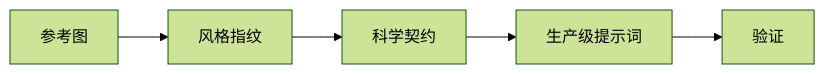
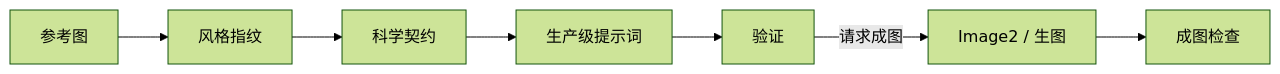
Before and after one commit to kikixiong/craft-scientific-figure-prompts: the diagram in README.zh-CN.md, drawn with Mermaid (forest theme). The commit also changed other lines of this file and 5 other files, not shown here.

````diff
--- a/README.zh-CN.md
+++ b/README.zh-CN.md
@@ -52,7 +52,9 @@
 ```mermaid
 flowchart LR
     A[参考图] --> B[风格指纹]
     B --> C[科学契约]
     C --> D[生产级提示词]
     D --> E[验证]
+    E -->|请求成图| F[Image2 / 生图]
+    F --> G[成图检查]
 ```
````
